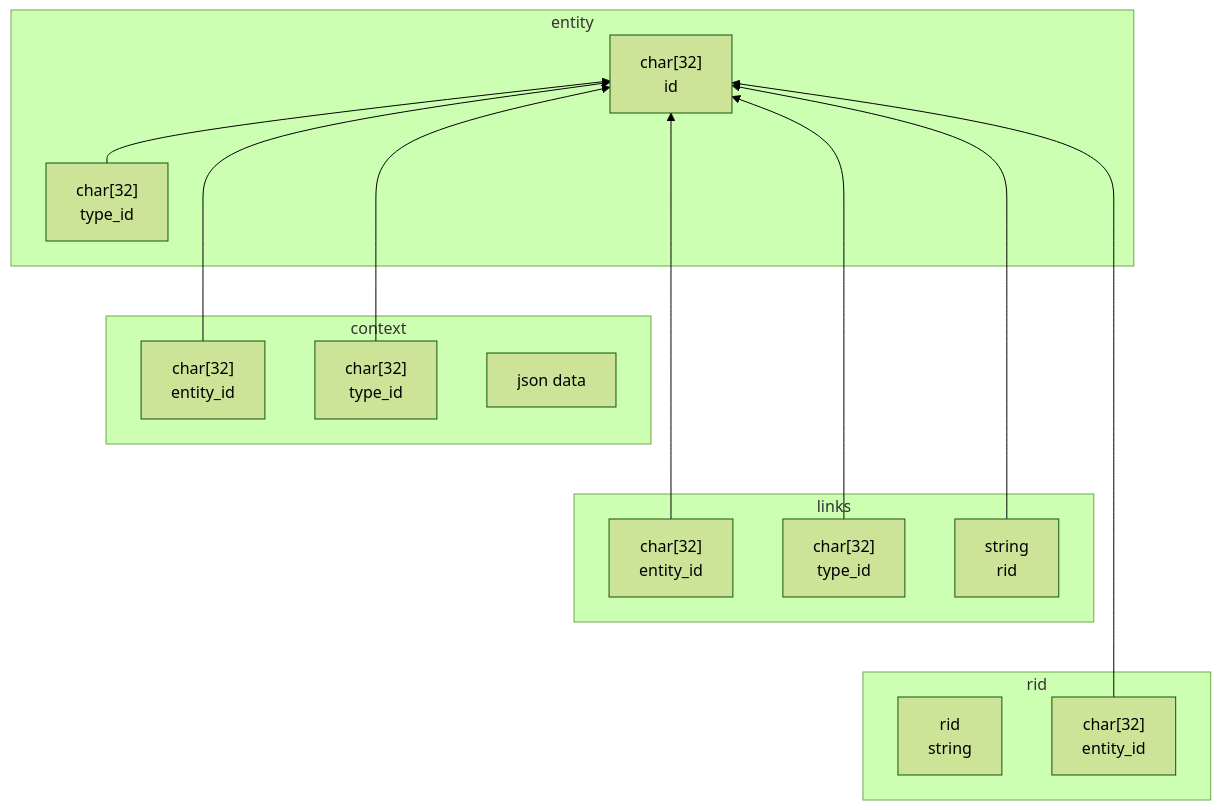
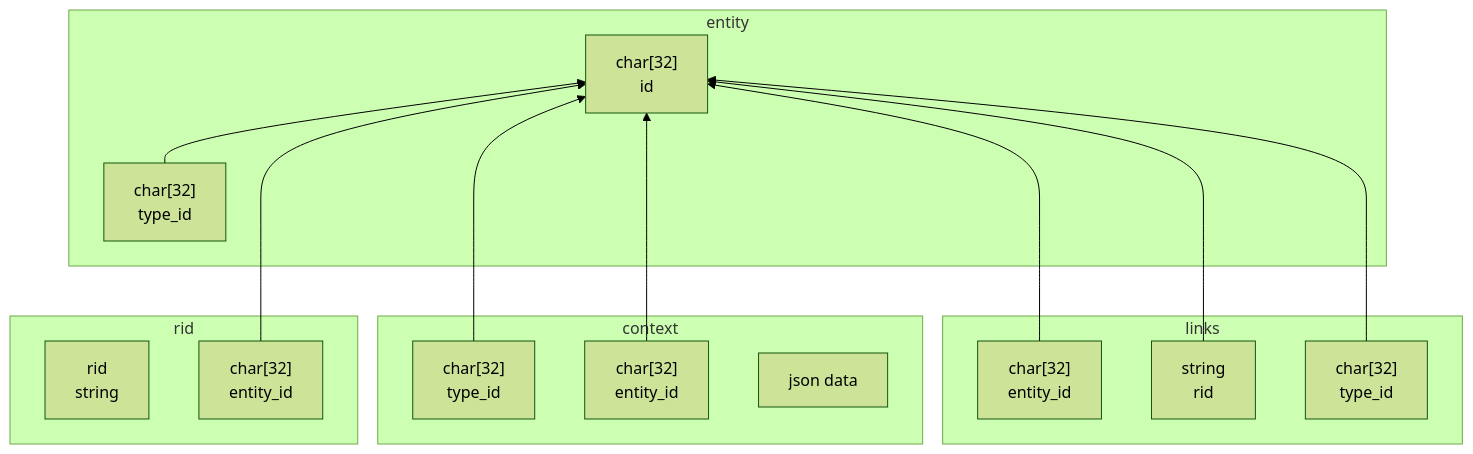
The second of 2 diagrams in ru/entities.md (johnthesmith/scraps), drawn with Mermaid (forest theme) before and after one commit.

````diff
--- a/ru/entities.md
+++ b/ru/entities.md
@@ -142,33 +142,33 @@
 ```mermaid
 graph BT
   subgraph entity
     entity_id["char[32] <br> id"]
     entity_type_id["char[32] <br> type_id"]
   end
 
   subgraph rid
     rid_value["rid <br> string"]
     rid_entity_id["char[32] <br> entity_id"]
   end
 
 subgraph context
     context_id["char[32]<br>entity_id"]
     context_type_id["char[32] <br> type_id"]
     context_data["json data"]
 end
 
  subgraph links
     link_from_id["char[32] <br> entity_id"]
     link_type_id["char[32] <br> type_id"]
     link_to_id["string <br> rid"]
   end
 
 
 entity_type_id --> entity_id
+rid_entity_id ---> entity_id 
 context_type_id ---> entity_id 
-rid_entity_id -----> entity_id 
+context_id --> entity_id 
 link_from_id ---> entity_id 
 link_to_id ---> entity_id 
-link_type_id ----> entity_id 
-context_id ---> entity_id 
+link_type_id --> entity_id 
 ```
````
